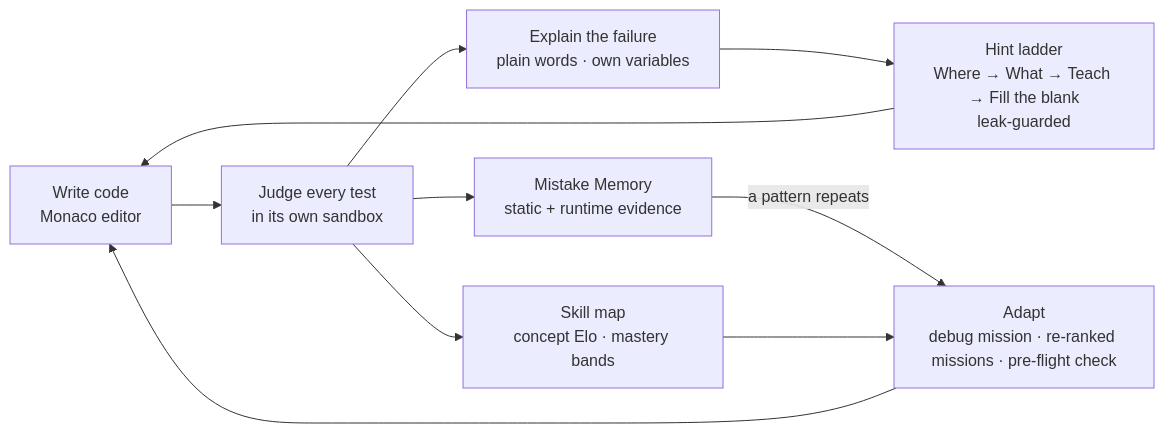
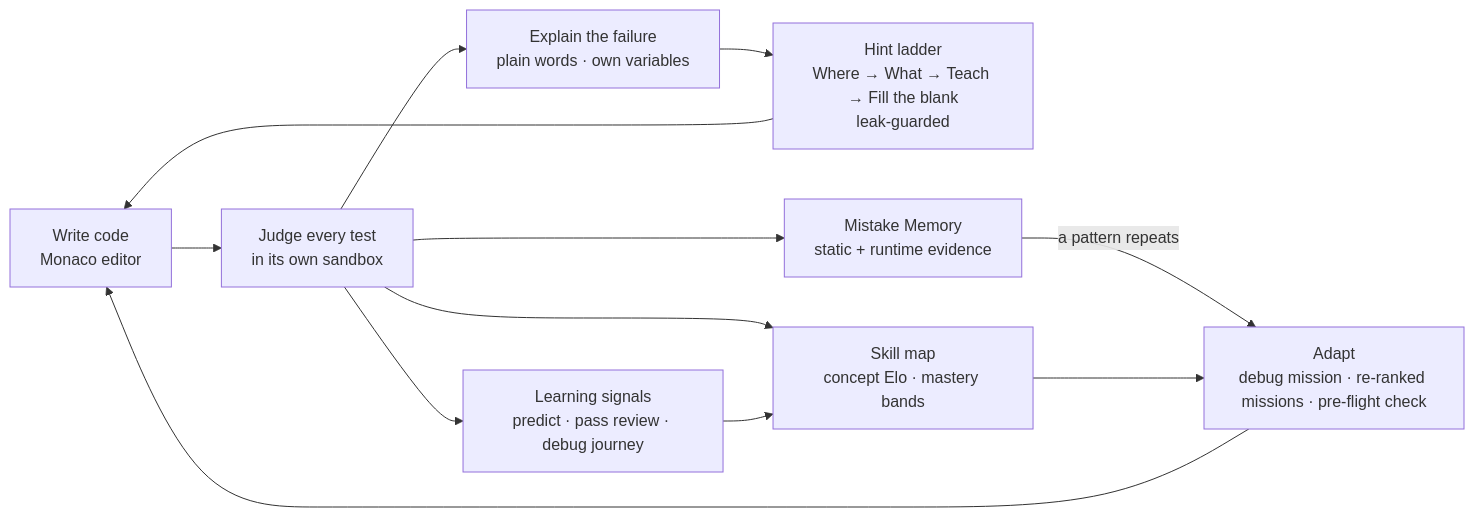
The first of 3 diagrams in README.md (HarshalAndhale9657/CodeQuest-AI-AI-Coding-Mentor-Debugging-Missions), drawn with Mermaid before and after one commit. The commit also changed other lines of this file and 4 other files, not shown here.

First line of the commit message:
docs: submission-ready README with live demo, learning signals and current test counts

````diff
--- a/README.md
+++ b/README.md
@@ -51,12 +64,14 @@
 ```mermaid
 flowchart LR
     A["Write code<br/>Monaco editor"] --> B["Judge every test<br/>in its own sandbox"]
     B --> C["Explain the failure<br/>plain words · own variables"]
     C --> D["Hint ladder<br/>Where → What → Teach → Fill the blank<br/>leak-guarded"]
     D --> A
     B --> E["Mistake Memory<br/>static + runtime evidence"]
     E -->|"a pattern repeats"| F["Adapt<br/>debug mission · re-ranked missions · pre-flight check"]
     F --> A
     B --> G["Skill map<br/>concept Elo · mastery bands"]
     G --> F
+    B --> H["Learning signals<br/>predict · pass review · debug journey"]
+    H --> G
 ```
````
